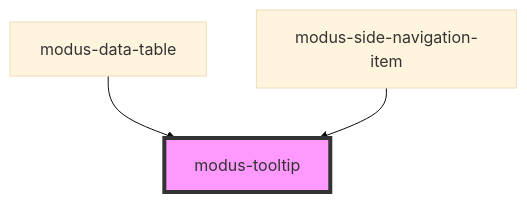
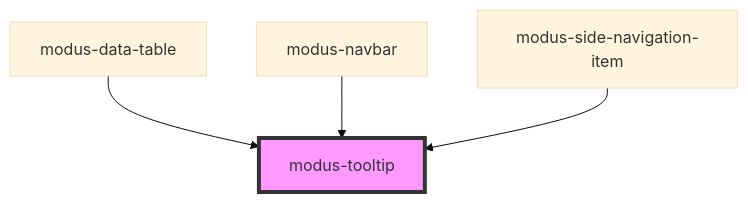
One commit to trimble-oss/modus-web-components changed the diagram in stencil-workspace/src/components/modus-tooltip/readme.md. Above: the diagram before and after it, drawn with Mermaid (base theme). The commit also changed other lines of this file and 6 other files, not shown here.

Commit message:
Search - add tooltip to Modus

````diff
--- a/stencil-workspace/src/components/modus-tooltip/readme.md
+++ b/stencil-workspace/src/components/modus-tooltip/readme.md
@@ -25,6 +26,7 @@
 ```mermaid
 graph TD;
   modus-data-table --> modus-tooltip
+  modus-navbar --> modus-tooltip
   modus-side-navigation-item --> modus-tooltip
   style modus-tooltip fill:#f9f,stroke:#333,stroke-width:4px
 ```
````
